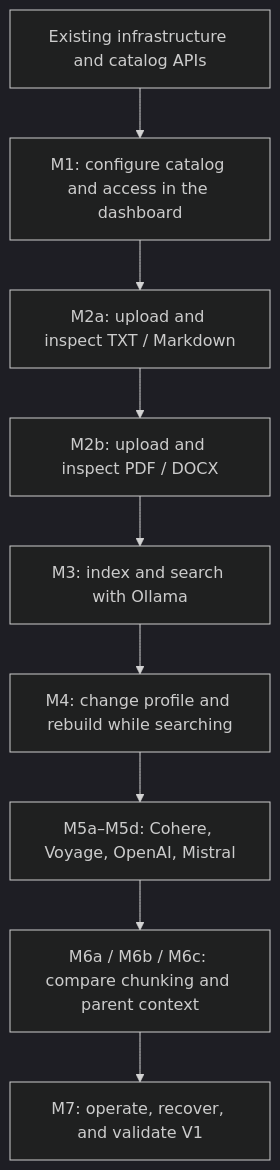
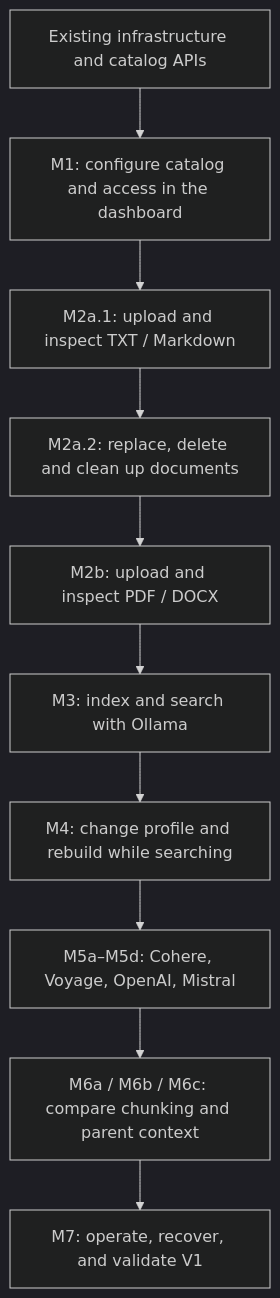
Before and after one commit to SimonLoir/vectorix: the fifth of 5 diagrams in docs/rag-implementation-plan.md, drawn with Mermaid (dark theme). The commit also changed other lines of this file and 63 other files, not shown here.

````diff
--- a/docs/rag-implementation-plan.md
+++ b/docs/rag-implementation-plan.md
@@ -229,11 +230,12 @@
 ```mermaid
 flowchart TD
     BASE["Existing infrastructure and catalog APIs"] --> M1["M1: configure catalog and access in the dashboard"]
-    M1 --> M2A["M2a: upload and inspect TXT / Markdown"]
-    M2A --> M2B["M2b: upload and inspect PDF / DOCX"]
+    M1 --> M2A["M2a.1: upload and inspect TXT / Markdown"]
+    M2A --> M2A2["M2a.2: replace, delete and clean up documents"]
+    M2A2 --> M2B["M2b: upload and inspect PDF / DOCX"]
     M2B --> M3["M3: index and search with Ollama"]
     M3 --> M4["M4: change profile and rebuild while searching"]
     M4 --> M5["M5a–M5d: Cohere, Voyage, OpenAI, Mistral"]
     M5 --> M6["M6a / M6b / M6c: compare chunking and parent context"]
     M6 --> M7["M7: operate, recover, and validate V1"]
 ```
````
